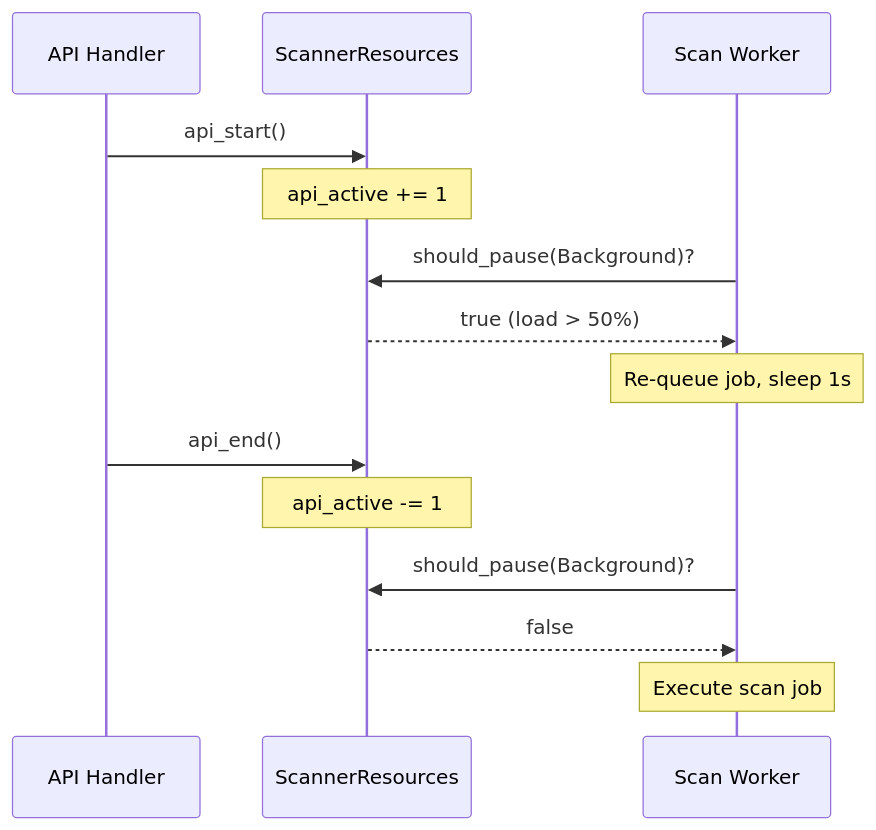
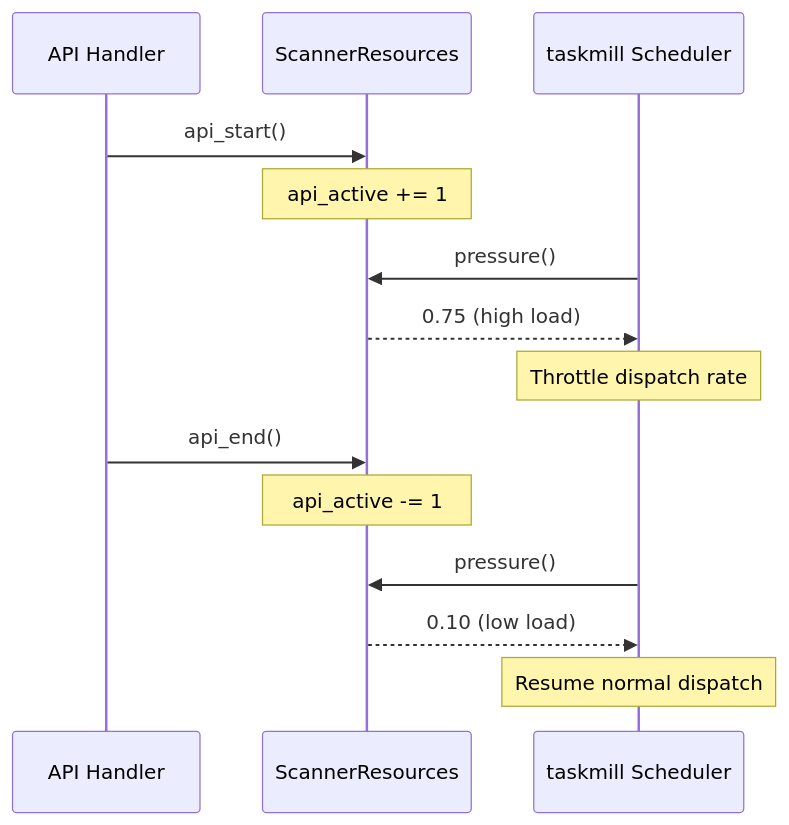
The fifth of 7 diagrams in docs/architecture/scanner.md (deepjoy/shoebox), drawn with Mermaid before and after one commit. The commit also changed other lines of this file and 15 other files, not shown here.

First line of the commit message:
refactor(scanner): migrate from custom scheduler to taskmill (#41)

````diff
--- a/docs/architecture/scanner.md
+++ b/docs/architecture/scanner.md
@@ -177,20 +195,20 @@
 ```mermaid
 sequenceDiagram
     participant API as API Handler
     participant BP as ScannerResources
-    participant W as Scan Worker
+    participant S as taskmill Scheduler
 
     API->>BP: api_start()
     Note over BP: api_active += 1
 
-    W->>BP: should_pause(Background)?
-    BP-->>W: true (load > 50%)
-    Note over W: Re-queue job, sleep 1s
+    S->>BP: pressure()
+    BP-->>S: 0.75 (high load)
+    Note over S: Throttle dispatch rate
 
     API->>BP: api_end()
     Note over BP: api_active -= 1
 
-    W->>BP: should_pause(Background)?
-    BP-->>W: false
-    Note over W: Execute scan job
+    S->>BP: pressure()
+    BP-->>S: 0.10 (low load)
+    Note over S: Resume normal dispatch
 ```
````
